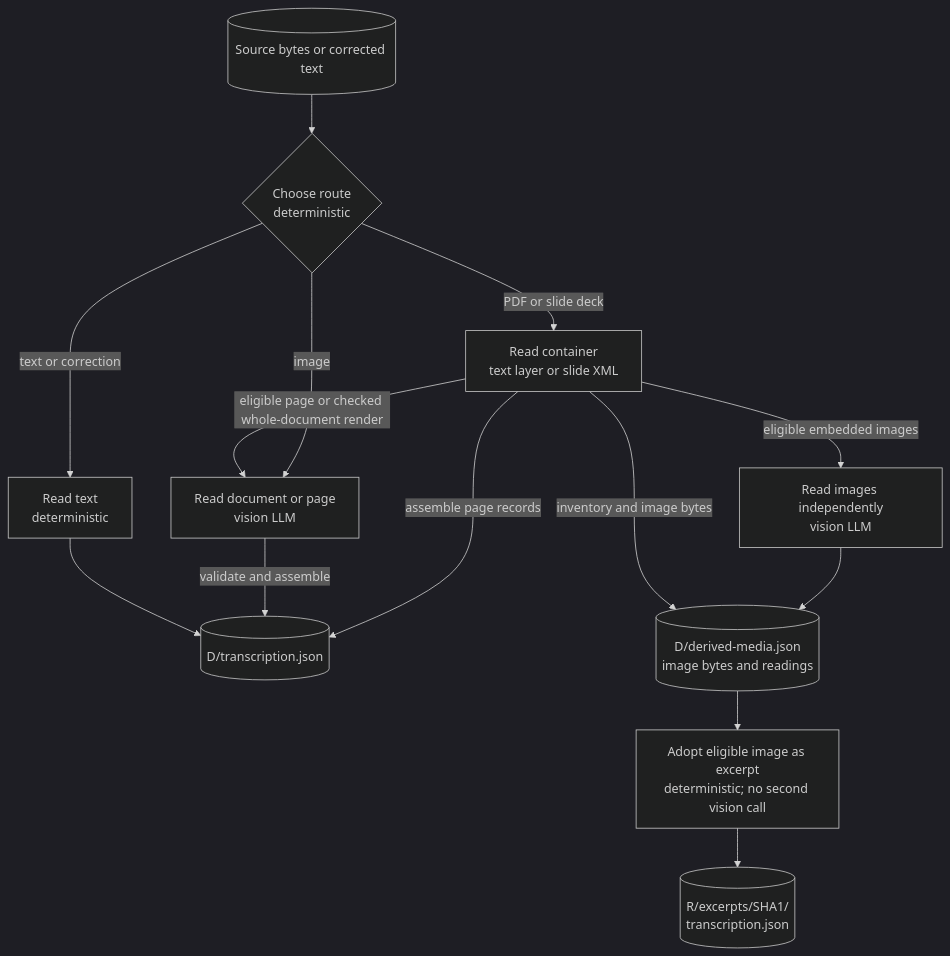
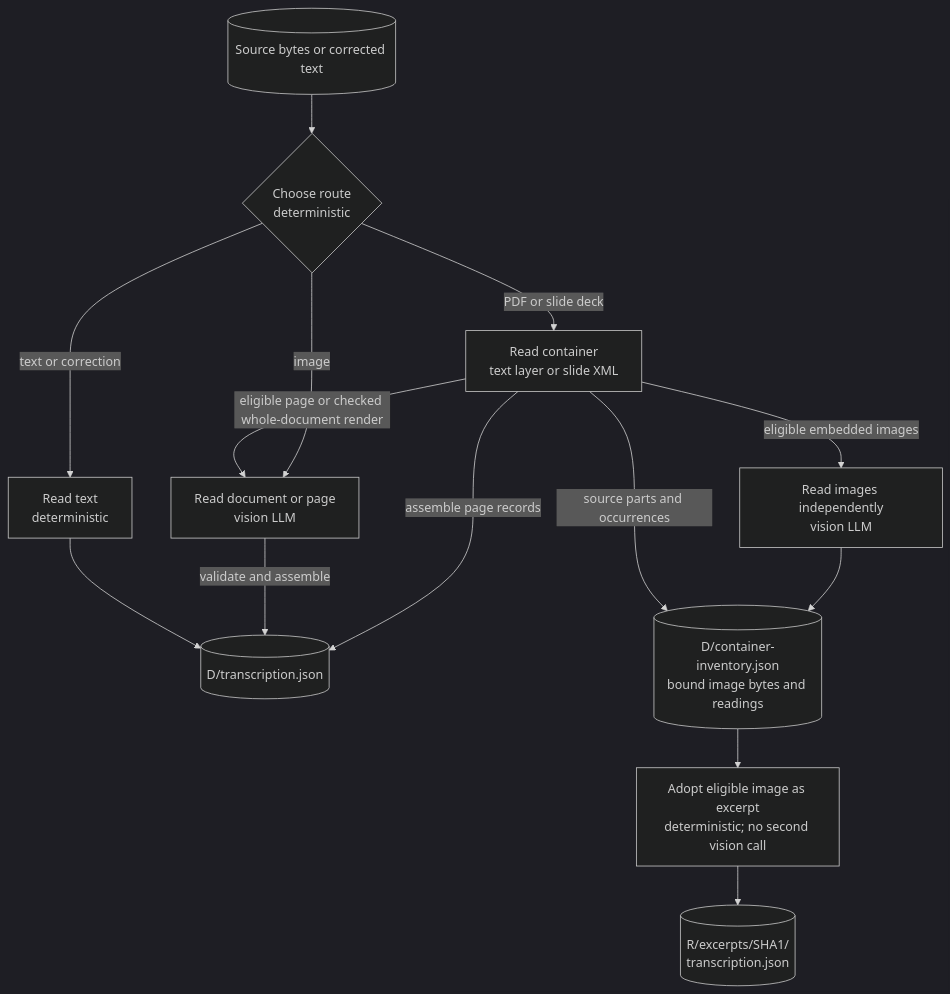
The second of 12 diagrams in docs/SCRATCH_WORKFLOW.md (WillHirsch/yizkr), drawn with Mermaid (dark theme) before and after one commit. The commit also changed other lines of this file and 49 other files, not shown here.

````diff
--- a/docs/SCRATCH_WORKFLOW.md
+++ b/docs/SCRATCH_WORKFLOW.md
@@ -84,16 +84,16 @@
 ```mermaid
 flowchart TD
     input[("Source bytes or corrected text")] --> route{"Choose route<br/>deterministic"}
     route -->|text or correction| direct["Read text<br/>deterministic"]
     route -->|PDF or slide deck| pages["Read container<br/>text layer or slide XML"]
     route -->|image| vision["Read document or page<br/>vision LLM"]
     pages -->|eligible page or checked whole-document render| vision
     pages -->|assemble page records| transcript[("D/transcription.json")]
     vision -->|validate and assemble| transcript
     direct --> transcript
     pages -->|eligible embedded images| images["Read images independently<br/>vision LLM"]
-    images --> derived[("D/derived-media.json<br/>image bytes and readings")]
-    pages -->|inventory and image bytes| derived
+    images --> derived[("D/container-inventory.json<br/>bound image bytes and readings")]
+    pages -->|source parts and occurrences| derived
     derived --> excerpt["Adopt eligible image as excerpt<br/>deterministic; no second vision call"]
     excerpt --> adopted[("R/excerpts/SHA1/<br/>transcription.json")]
 ```
````
